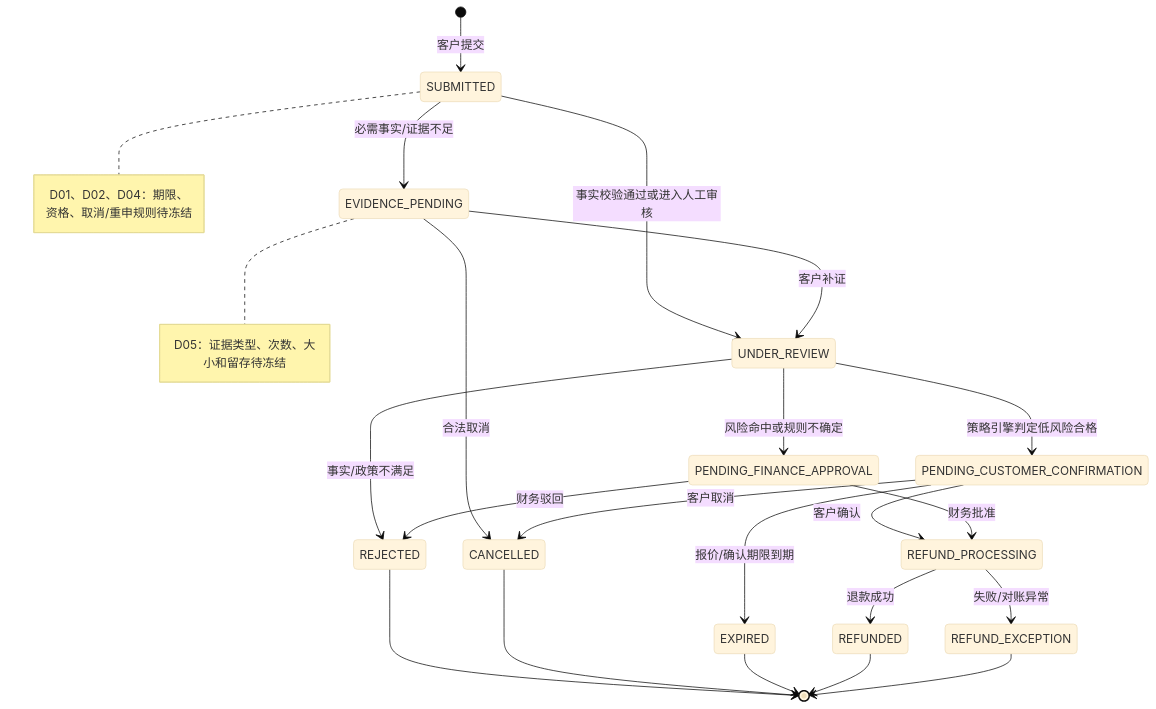
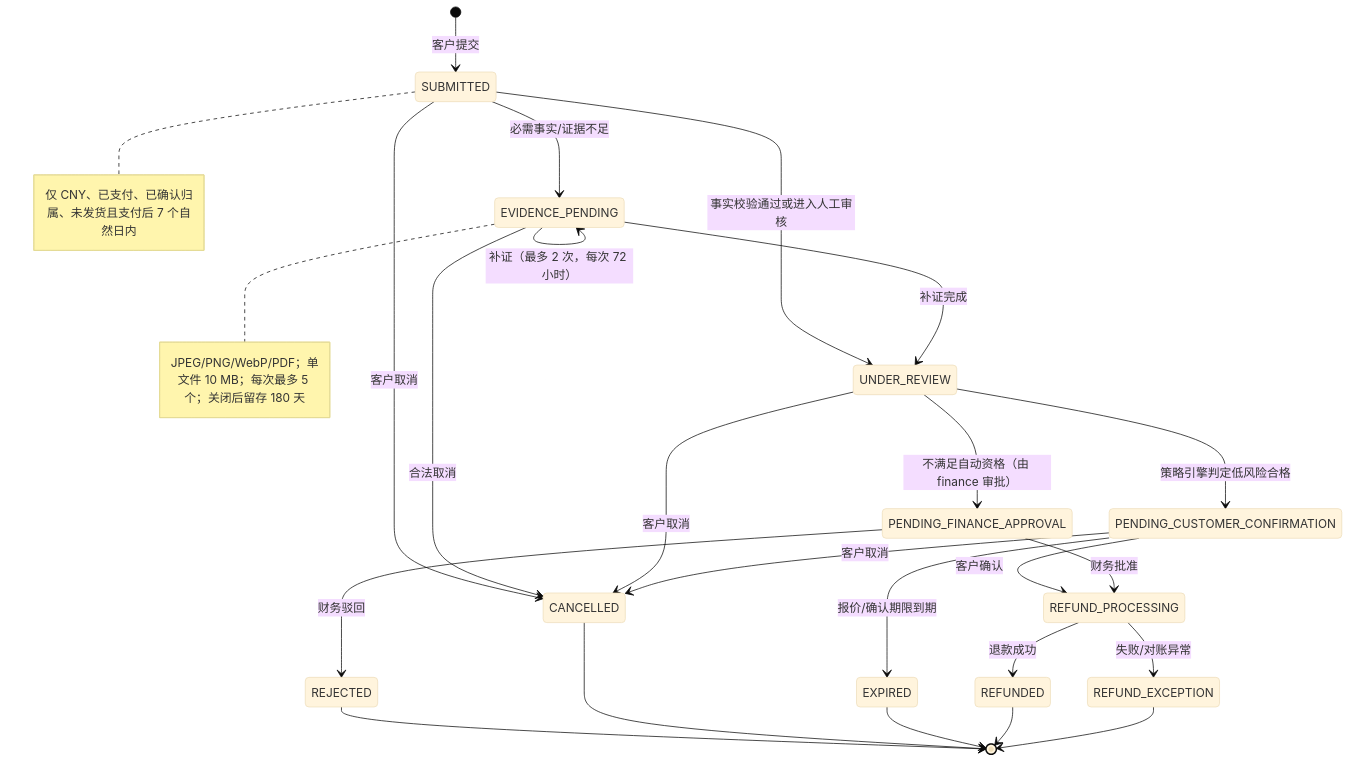
Before and after one commit to fei8fenqian/ecommerce-cs-agent: the second of 4 diagrams in S0-02_ROLE_MATRIX_STATE_MACHINES.md, drawn with Mermaid (base theme). The commit also changed other lines of this file and 3 other files, not shown here.

````diff
--- a/S0-02_ROLE_MATRIX_STATE_MACHINES.md
+++ b/S0-02_ROLE_MATRIX_STATE_MACHINES.md
@@ -41,37 +57,39 @@
 ```mermaid
 stateDiagram-v2
     [*] --> SUBMITTED: 客户提交
 
     SUBMITTED --> EVIDENCE_PENDING: 必需事实/证据不足
     SUBMITTED --> UNDER_REVIEW: 事实校验通过或进入人工审核
+    SUBMITTED --> CANCELLED: 客户取消
 
-    EVIDENCE_PENDING --> UNDER_REVIEW: 客户补证
+    EVIDENCE_PENDING --> EVIDENCE_PENDING: 补证（最多 2 次，每次 72 小时）
+    EVIDENCE_PENDING --> UNDER_REVIEW: 补证完成
     EVIDENCE_PENDING --> CANCELLED: 合法取消
 
-    UNDER_REVIEW --> REJECTED: 事实/政策不满足
     UNDER_REVIEW --> PENDING_CUSTOMER_CONFIRMATION: 策略引擎判定低风险合格
-    UNDER_REVIEW --> PENDING_FINANCE_APPROVAL: 风险命中或规则不确定
+    UNDER_REVIEW --> PENDING_FINANCE_APPROVAL: 不满足自动资格（由 finance 审批）
+    UNDER_REVIEW --> CANCELLED: 客户取消
 
     PENDING_CUSTOMER_CONFIRMATION --> REFUND_PROCESSING: 客户确认
     PENDING_CUSTOMER_CONFIRMATION --> CANCELLED: 客户取消
     PENDING_CUSTOMER_CONFIRMATION --> EXPIRED: 报价/确认期限到期
 
     PENDING_FINANCE_APPROVAL --> REFUND_PROCESSING: 财务批准
     PENDING_FINANCE_APPROVAL --> REJECTED: 财务驳回
 
     REFUND_PROCESSING --> REFUNDED: 退款成功
     REFUND_PROCESSING --> REFUND_EXCEPTION: 失败/对账异常
 
     REJECTED --> [*]
     CANCELLED --> [*]
     EXPIRED --> [*]
     REFUNDED --> [*]
     REFUND_EXCEPTION --> [*]
 
     note right of SUBMITTED
-      D01、D02、D04：期限、资格、取消/重申规则待冻结
+      仅 CNY、已支付、已确认归属、未发货且支付后 7 个自然日内
     end note
     note right of EVIDENCE_PENDING
-      D05：证据类型、次数、大小和留存待冻结
+      JPEG/PNG/WebP/PDF；单文件 10 MB；每次最多 5 个；关闭后留存 180 天
     end note
 ```
````
